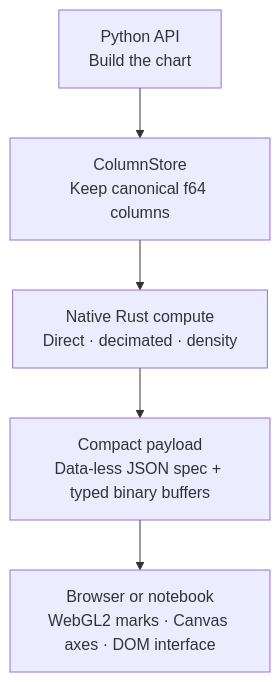
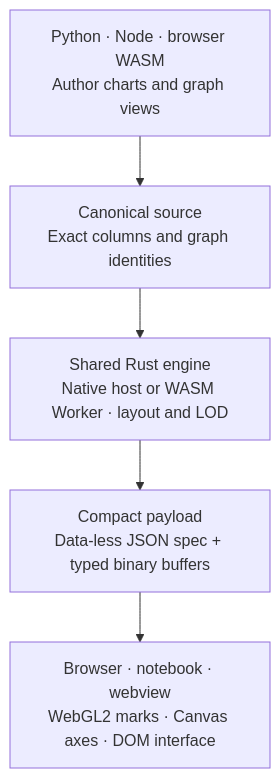
Before and after one commit to CurateLabs/xyg: the diagram in README.md, drawn with Mermaid. The commit also changed other lines of this file and 161 other files, not shown here.

First line of the commit message:
Migrate docs to Starlight and clarify GraphForge positioning (#1012)

````diff
--- a/README.md
+++ b/README.md
@@ -289,10 +293,10 @@
 ```mermaid
 flowchart TB
-    API["Python API<br/>Build the chart"]
-    STORE["ColumnStore<br/>Keep canonical f64 columns"]
-    CORE["Native Rust compute<br/>Direct · decimated · density"]
+    API["Python · Node · browser WASM<br/>Author charts and graph views"]
+    STORE["Canonical source<br/>Exact columns and graph identities"]
+    CORE["Shared Rust engine<br/>Native host or WASM Worker · layout and LOD"]
     PAYLOAD["Compact payload<br/>Data-less JSON spec + typed binary buffers"]
-    RENDER["Browser or notebook<br/>WebGL2 marks · Canvas axes · DOM interface"]
+    RENDER["Browser · notebook · webview<br/>WebGL2 marks · Canvas axes · DOM interface"]
 
     API --> STORE --> CORE --> PAYLOAD --> RENDER
 ```
````
